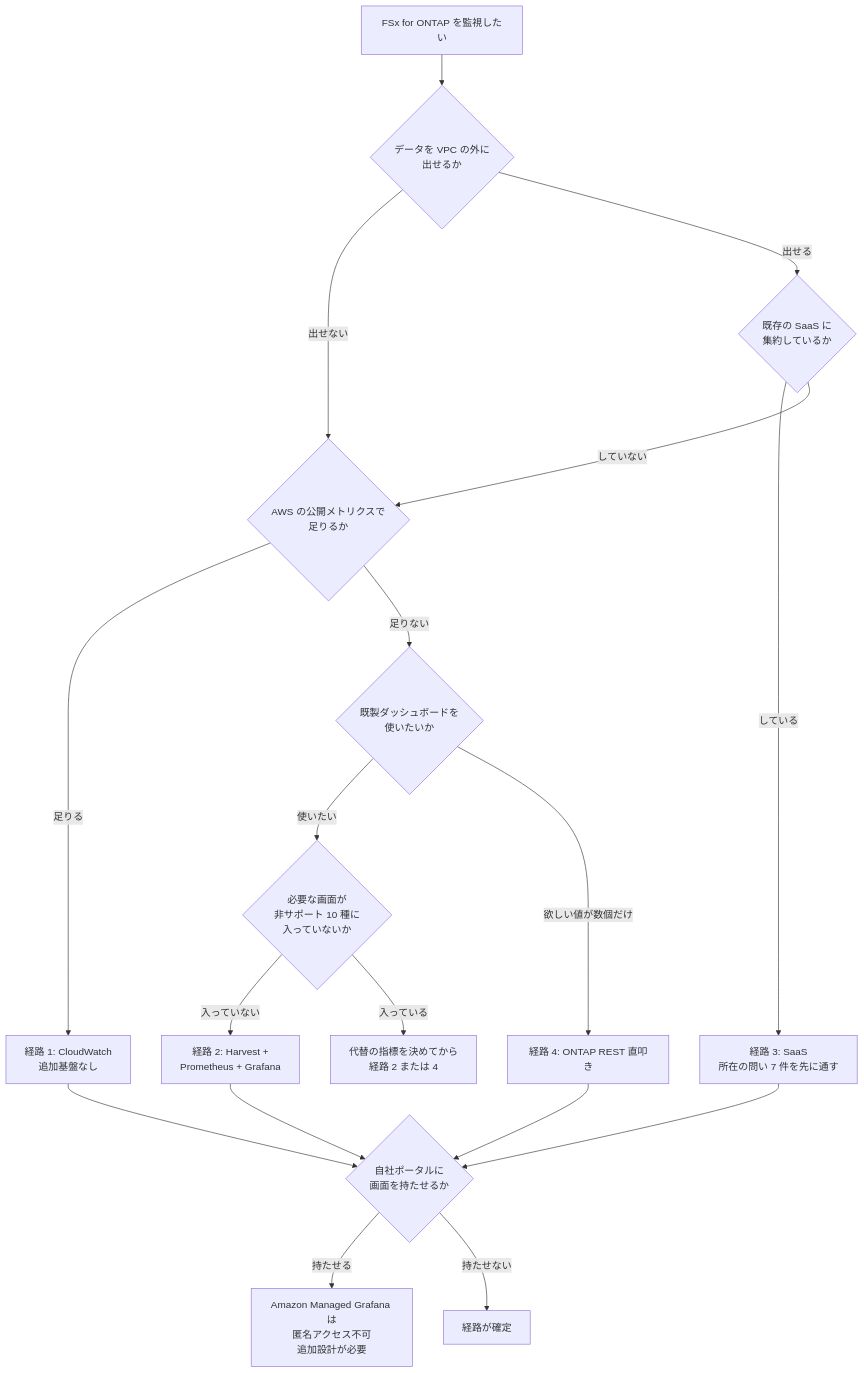
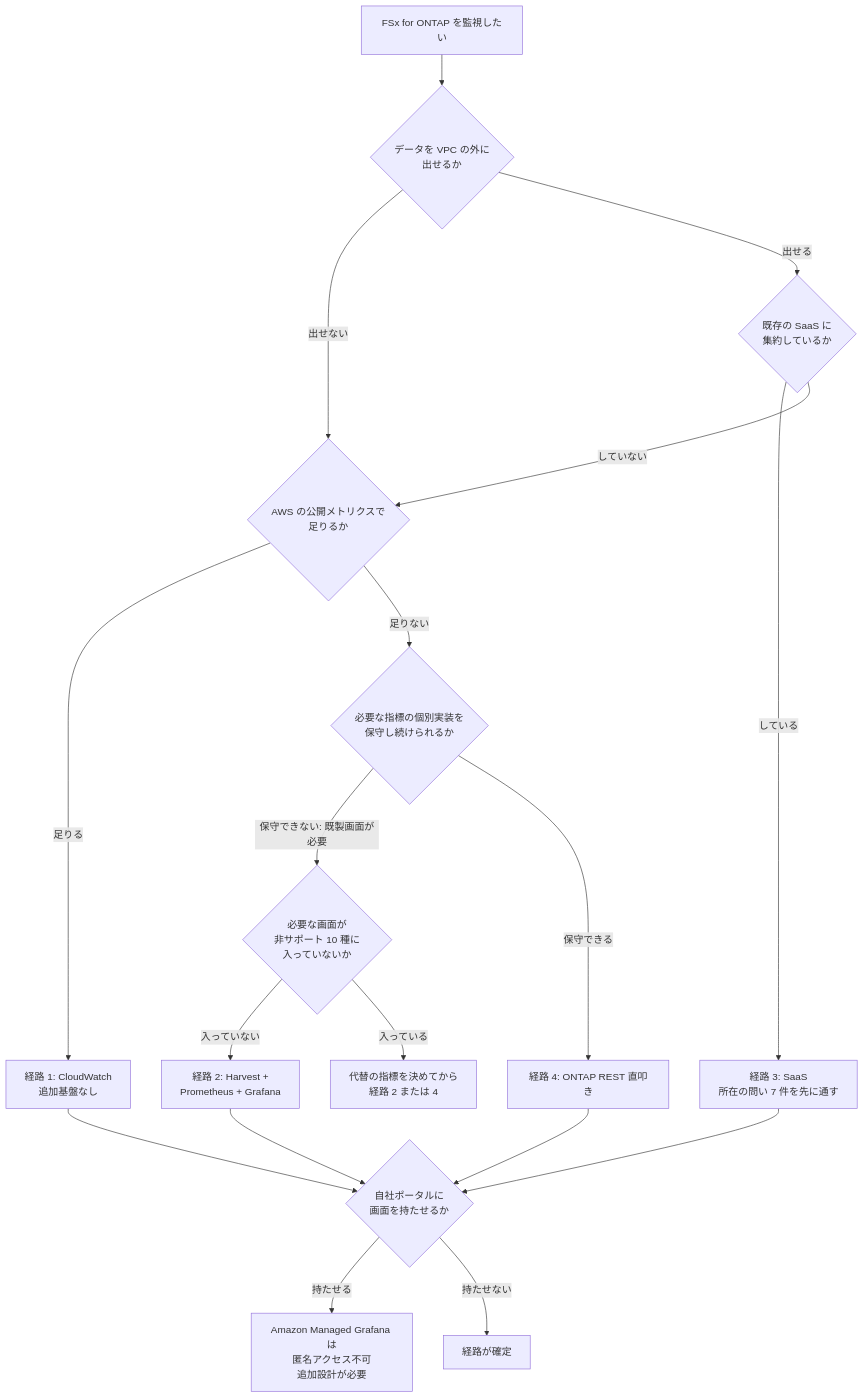
One commit to Yoshiki0705/FSx-for-ONTAP-Adoption-Playbook changed the diagram in docs/ja/reference/decision-trees/observability-route.md. Above: the diagram before and after it, drawn with Mermaid. The commit also changed other lines of this file and 257 other files, not shown here.

````diff
--- a/docs/ja/reference/decision-trees/observability-route.md
+++ b/docs/ja/reference/decision-trees/observability-route.md
@@ -33,27 +33,27 @@
 ```mermaid
 graph TD
     START[FSx for ONTAP を監視したい] --> RES{データを VPC の外に<br/>出せるか}
 
     RES -->|出せない| GRAN1{AWS の公開メトリクスで<br/>足りるか}
     RES -->|出せる| SAAS{既存の SaaS に<br/>集約しているか}
 
     SAAS -->|している| S3["経路 3: SaaS<br/>所在の問い 7 件を先に通す"]
     SAAS -->|していない| GRAN1
 
     GRAN1 -->|足りる| R1["経路 1: CloudWatch<br/>追加基盤なし"]
-    GRAN1 -->|足りない| DASH{既製ダッシュボードを<br/>使いたいか}
+    GRAN1 -->|足りない| DASH{必要な指標の個別実装を<br/>保守し続けられるか}
 
-    DASH -->|使いたい| CHK{必要な画面が<br/>非サポート 10 種に<br/>入っていないか}
-    DASH -->|欲しい値が数個だけ| R4["経路 4: ONTAP REST 直叩き"]
+    DASH -->|保守できない: 既製画面が必要| CHK{必要な画面が<br/>非サポート 10 種に<br/>入っていないか}
+    DASH -->|保守できる| R4["経路 4: ONTAP REST 直叩き"]
 
     CHK -->|入っていない| R2["経路 2: Harvest +<br/>Prometheus + Grafana"]
     CHK -->|入っている| ALT["代替の指標を決めてから<br/>経路 2 または 4"]
 
     R1 --> PORTAL{自社ポータルに<br/>画面を持たせるか}
     R2 --> PORTAL
     S3 --> PORTAL
     R4 --> PORTAL
 
     PORTAL -->|持たせる| AMG["Amazon Managed Grafana は<br/>匿名アクセス不可<br/>追加設計が必要"]
     PORTAL -->|持たせない| DONE[経路が確定]
 ```
````
